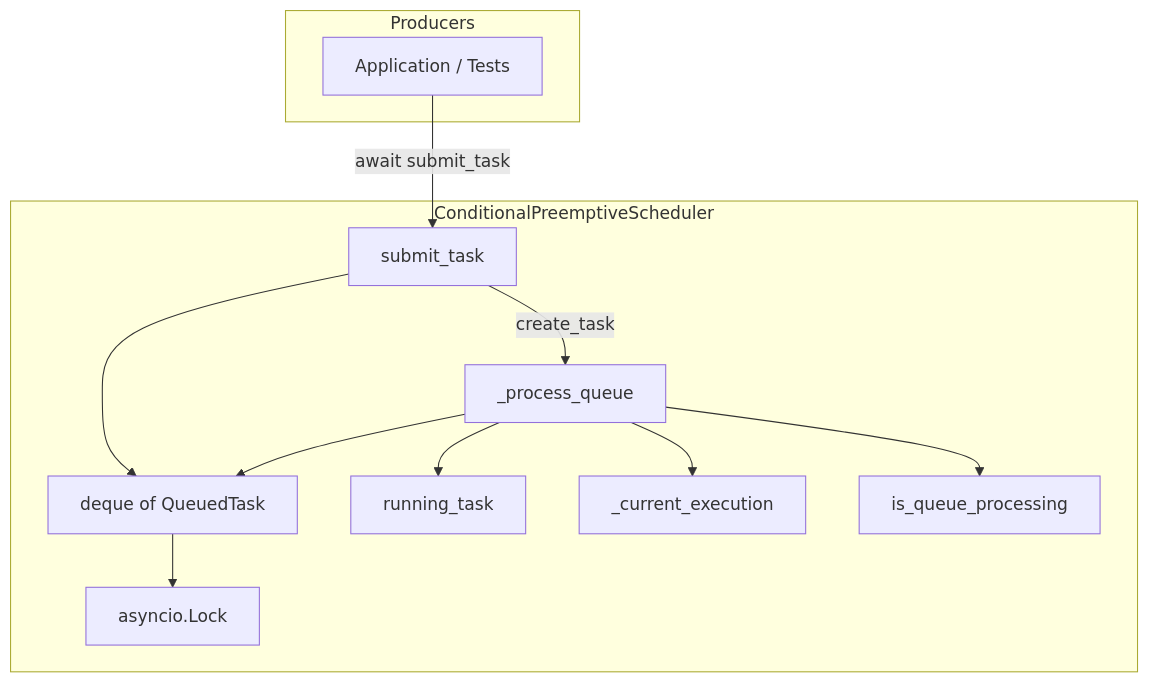
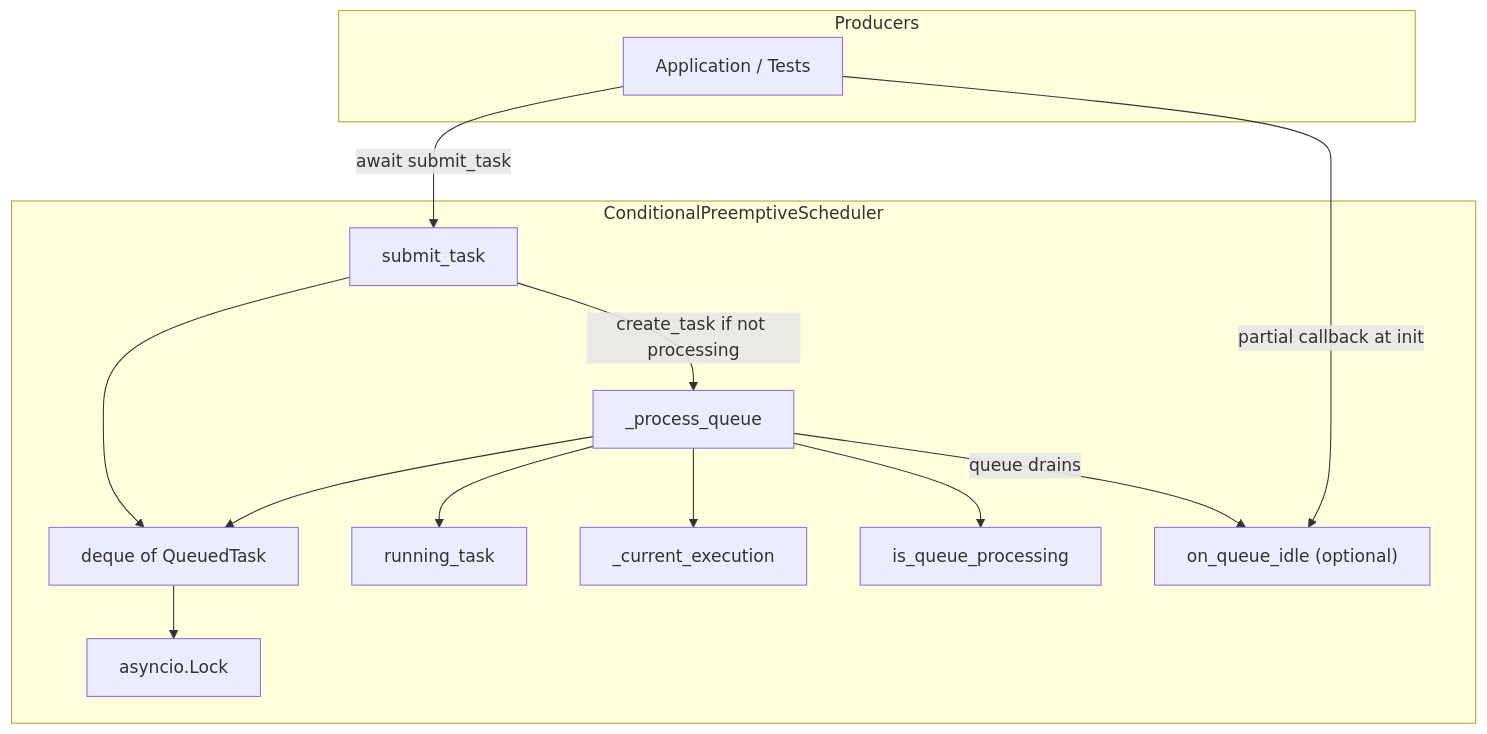
Before and after one commit to scoville/test_filter_queue: the first of 9 diagrams in .cursor/plans/system_architecture_workflow_b2d79ca7.plan.md, drawn with Mermaid. The commit also changed other lines of this file, not shown here.

Commit message:
update System Architecture Workflow

````diff
--- a/.cursor/plans/system_architecture_workflow_b2d79ca7.plan.md
+++ b/.cursor/plans/system_architecture_workflow_b2d79ca7.plan.md
@@ -14,25 +14,28 @@
 ```mermaid
 flowchart TB
     subgraph producers [Producers]
         App[Application / Tests]
     end
 
     subgraph scheduler [ConditionalPreemptiveScheduler]
         Lock[asyncio.Lock]
         Deque["deque of QueuedTask"]
         Submit[submit_task]
         Process[_process_queue]
         Running[running_task]
         Exec[_current_execution]
         Guard[is_queue_processing]
+        IdleHook["on_queue_idle (optional)"]
     end
 
     App -->|await submit_task| Submit
+    App -->|partial callback at init| IdleHook
     Submit --> Deque
-    Submit -->|create_task| Process
+    Submit -->|create_task if not processing| Process
     Process --> Deque
     Process --> Running
     Process --> Exec
     Process --> Guard
+    Process -->|queue drains| IdleHook
     Deque --> Lock
 ```
````
